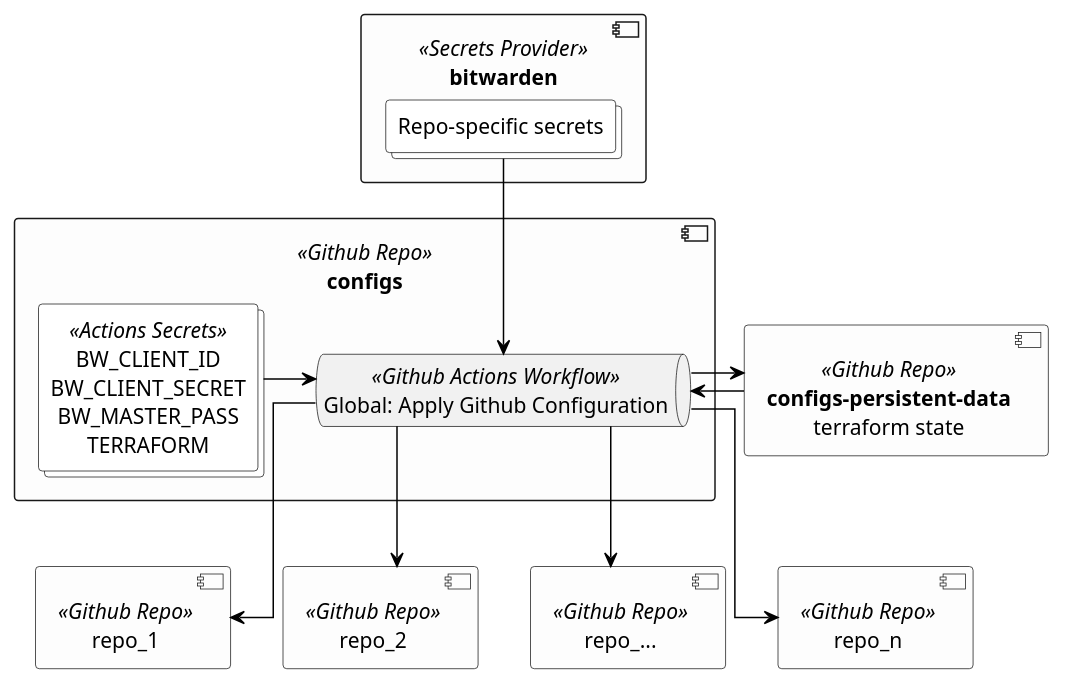
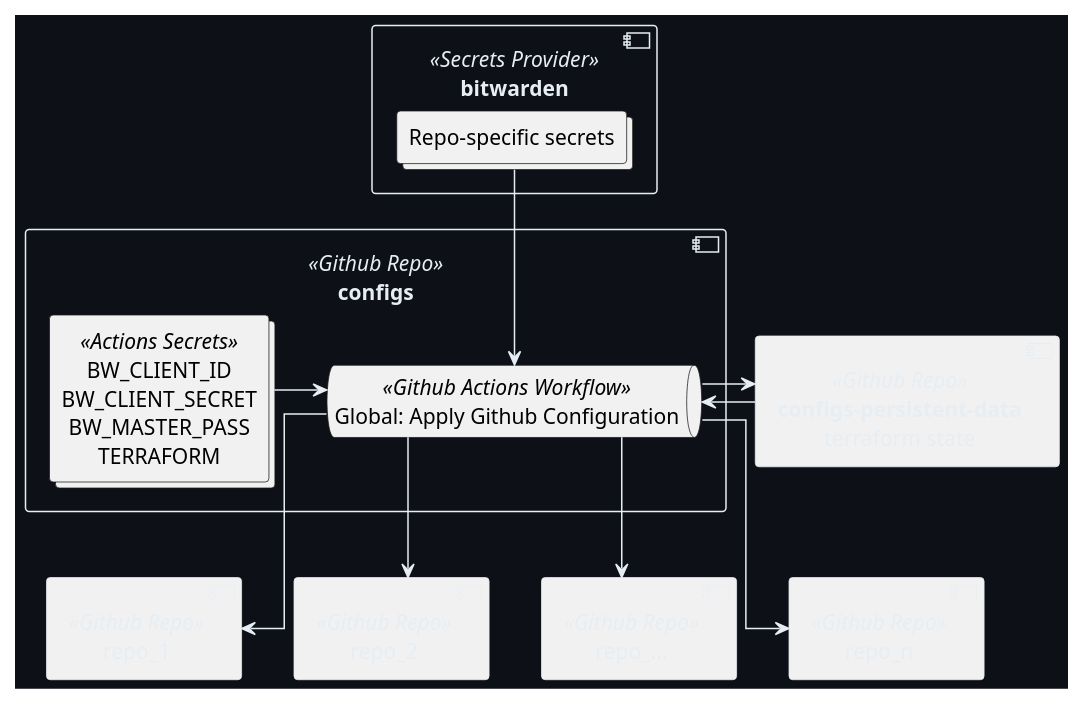
The diagram in docs/modules/ROOT/pages/github/config.adoc (sommerfeld-io-archive/configs), drawn with PlantUML before and after one commit.

Commit message:
changed plantuml style

```diff
--- a/docs/modules/ROOT/pages/github/config.adoc
+++ b/docs/modules/ROOT/pages/github/config.adoc
@@ -18,47 +18,67 @@
 [plantuml, puml-build-image, svg]
 ----
 @startuml
 
 skinparam linetype ortho
 skinparam monochrome false
 skinparam componentStyle uml2
-skinparam backgroundColor transparent
-skinparam ArrowColor black
-skinparam ComponentBackgroundColor #fdfdfd
-skinparam CollectionsBackgroundColor #ffffff
-skinparam NoteBorderColor Grey
-skinparam NoteBackgroundColor #fdfdfd
+skinparam backgroundColor #0D1117
+skinparam ArrowColor #e6edf3
+skinparam NoteBorderColor #e6edf3
+skinparam NoteFontColor #e6edf3
+skinparam NoteBackgroundColor transparent
+skinparam ComponentBorderColor #e6edf3
+skinparam ComponentFontColor #e6edf3
+skinparam DatabaseBorderColor #e6edf3
+skinparam DatabaseBackgroundColor #444
+skinparam DatabaseFontColor #e6edf3
+skinparam FileBorderColor #e6edf3
+skinparam FileFontColor #e6edf3
+skinparam ControlBorderColor #e6edf3
+skinparam ControlFontColor #e6edf3
+skinparam RectangleBackgroundColor transparent
+skinparam RectangleBorderColor #e6edf3
+skinparam RectangleFontColor #e6edf3
+skinparam ControlBackgroundColor transparent
+skinparam ControlBorderColor #e6edf3
+skinparam ControlFontColor #e6edf3
+skinparam HexagonBackgroundColor transparent
+skinparam HexagonBorderColor #e6edf3
+skinparam HexagonFontColor #e6edf3
+skinparam ArtifactBackgroundColor #444
+skinparam ArtifactBorderColor #e6edf3
+skinparam ArtifactFontColor #e6edf3
 skinparam defaultTextAlignment center
 skinparam activity {
 FontName Ubuntu
 }
 
 component configs <<Github Repo>> {
   queue wf as "Global: Apply Github Configuration" <<Github Actions Workflow>>
   collections s1 as "BW_CLIENT_ID\nBW_CLIENT_SECRET\nBW_MASTER_PASS\nTERRAFORM" <<Actions Secrets>>
   
   s1 -right-> wf
 }
 
 component bitwarden <<Secrets Provider>> {
   collections s2 as "Repo-specific secrets"
 }
 
 s2 -down-> wf
 
 component repo_1 <<Github Repo>>
 component repo_2 <<Github Repo>>
 component repo_x as "repo_..." <<Github Repo>>
 component repo_n <<Github Repo>>
 
 wf -down-> repo_1
 wf -down-> repo_2
 wf -down-> repo_x
 wf -down-> repo_n
 
 component tf_state as "<b>configs-persistent-data</b>\nterraform state" <<Github Repo>>
 wf -> tf_state
 tf_state -> wf
 
 @enduml
 ----
```
